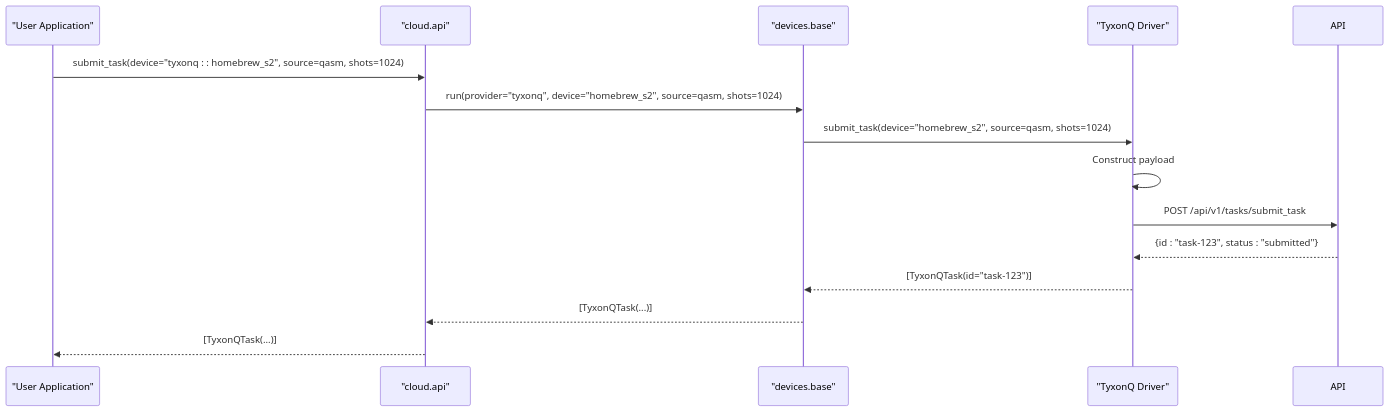
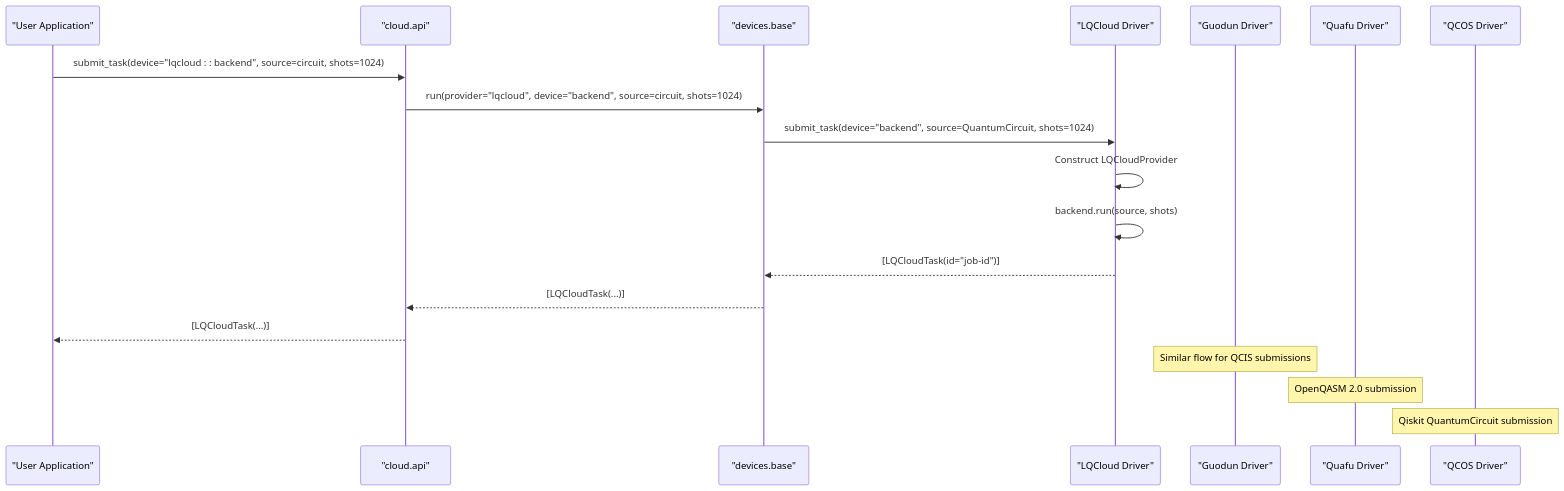
One commit to QureGenAI-Biotech/TyxonQ changed the third of 8 diagrams in .qoder/repowiki/en/content/API Reference/Devices API/Hardware Drivers/Hardware Drivers.md. Above: the diagram before and after it, drawn with Mermaid. The commit also changed other lines of this file and 516 other files, not shown here.

````diff
--- a/.qoder/repowiki/en/content/API Reference/Devices API/Hardware Drivers/Hardware Drivers.md
+++ b/.qoder/repowiki/en/content/API Reference/Devices API/Hardware Drivers/Hardware Drivers.md
@@ -88,16 +130,21 @@
 ```mermaid
 sequenceDiagram
 participant User as "User Application"
 participant CloudAPI as "cloud.api"
 participant DeviceBase as "devices.base"
-participant TyxonQDriver as "TyxonQ Driver"
-User->>CloudAPI : submit_task(device="tyxonq : : homebrew_s2", source=qasm, shots=1024)
-CloudAPI->>DeviceBase : run(provider="tyxonq", device="homebrew_s2", source=qasm, shots=1024)
-DeviceBase->>TyxonQDriver : submit_task(device="homebrew_s2", source=qasm, shots=1024)
-TyxonQDriver->>TyxonQDriver : Construct payload
-TyxonQDriver->>API : POST /api/v1/tasks/submit_task
-API-->>TyxonQDriver : {id : "task-123", status : "submitted"}
-TyxonQDriver-->>DeviceBase : [TyxonQTask(id="task-123")]
-DeviceBase-->>CloudAPI : [TyxonQTask(...)]
-CloudAPI-->>User : [TyxonQTask(...)]
+participant LQCloud as "LQCloud Driver"
+participant Guodun as "Guodun Driver"
+participant Quafu as "Quafu Driver"
+participant QCOS as "QCOS Driver"
+User->>CloudAPI : submit_task(device="lqcloud : : backend", source=circuit, shots=1024)
+CloudAPI->>DeviceBase : run(provider="lqcloud", device="backend", source=circuit, shots=1024)
+DeviceBase->>LQCloud : submit_task(device="backend", source=QuantumCircuit, shots=1024)
+LQCloud->>LQCloud : Construct LQCloudProvider
+LQCloud->>LQCloud : backend.run(source, shots)
+LQCloud-->>DeviceBase : [LQCloudTask(id="job-id")]
+DeviceBase-->>CloudAPI : [LQCloudTask(...)]
+CloudAPI-->>User : [LQCloudTask(...)]
+Note over Guodun : Similar flow for QCIS submissions
+Note over Quafu : OpenQASM 2.0 submission
+Note over QCOS : Qiskit QuantumCircuit submission
 ```
````
